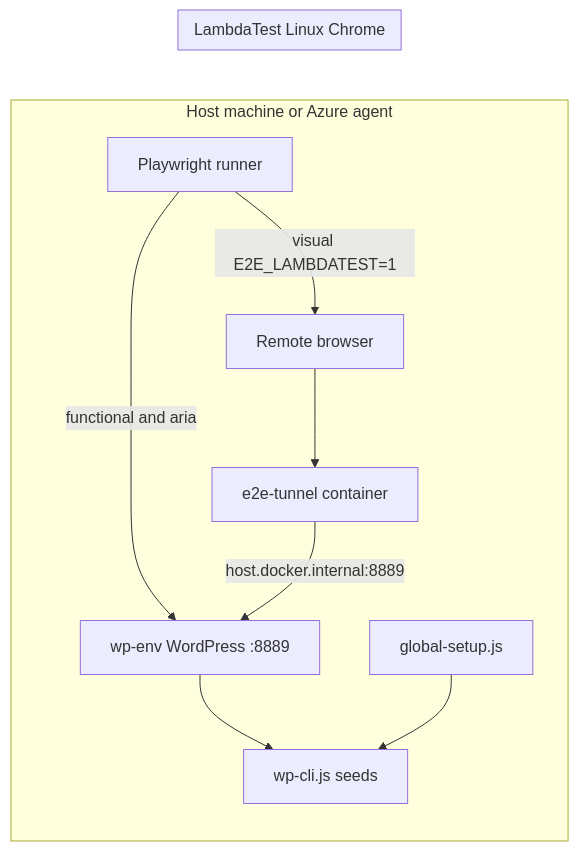
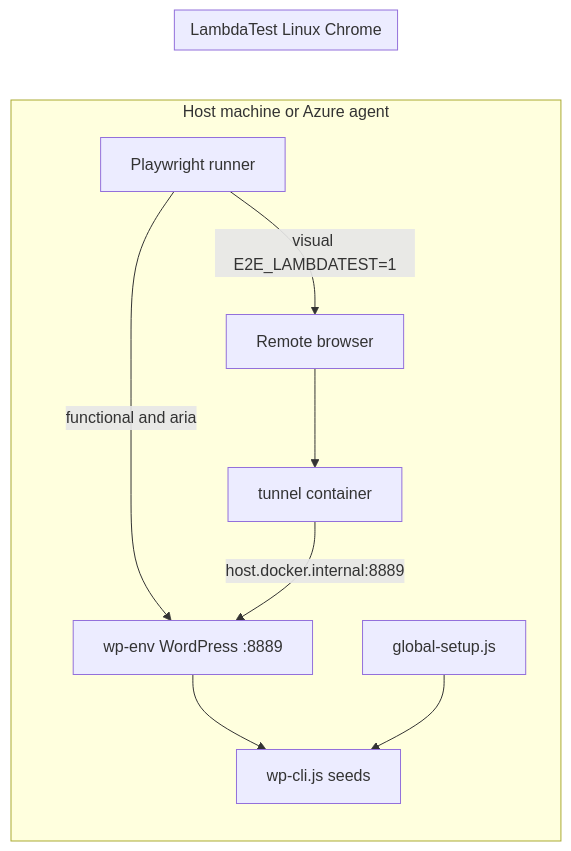
The first of 2 diagrams in tests/AGENTS.md (BellevueCollege/bc-sitka-spruce-department-theme), drawn with Mermaid before and after one commit. The commit also changed other lines of this file and 5 other files, not shown here.

````diff
--- a/tests/AGENTS.md
+++ b/tests/AGENTS.md
@@ -15,19 +15,19 @@
 ```mermaid
 flowchart LR
   subgraph host [Host machine or Azure agent]
     PW[Playwright runner]
     WP[wp-env WordPress :8889]
     GS[global-setup.js]
     CLI[wp-cli.js seeds]
     WP --> CLI
     GS --> CLI
     PW -->|functional and aria| WP
-    TUN[e2e-tunnel container]
+    TUN[tunnel container]
     TUN -->|host.docker.internal:8889| WP
     PW -->|visual E2E_LAMBDATEST=1| LTB
   end
   subgraph lt [LambdaTest Linux Chrome]
     LTB[Remote browser]
     LTB --> TUN
   end
 ```
````
